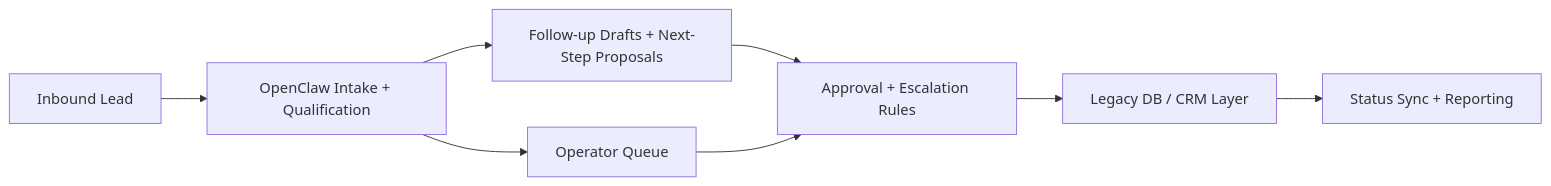
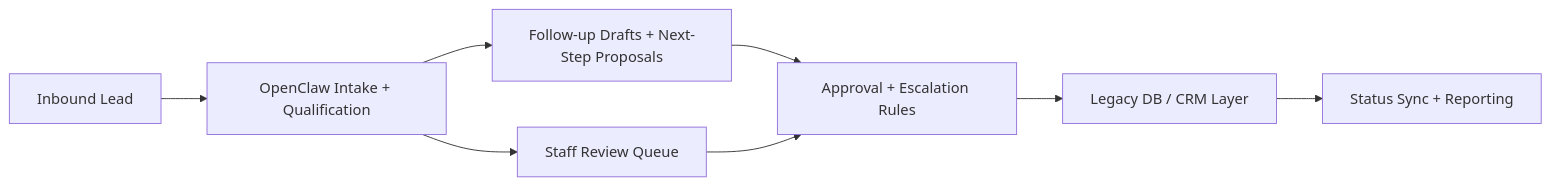
Before and after one commit to zack-dev-cm/zack-dev-cm.github.io: the diagram in projects/openclaw-sales-manager-automation-for-a-multi-clinic-chain.md, drawn with Mermaid. The commit also changed other lines of this file and 30 other files, not shown here.

````diff
--- a/projects/openclaw-sales-manager-automation-for-a-multi-clinic-chain.md
+++ b/projects/openclaw-sales-manager-automation-for-a-multi-clinic-chain.md
@@ -30,10 +30,10 @@
 ```mermaid
 flowchart LR
   Lead["Inbound Lead"] --> Intake["OpenClaw Intake + Qualification"]
   Intake --> Drafts["Follow-up Drafts + Next-Step Proposals"]
-  Intake --> Operator["Operator Queue"]
+  Intake --> Operator["Staff Review Queue"]
   Drafts --> Review["Approval + Escalation Rules"]
   Operator --> Review
   Review --> Legacy["Legacy DB / CRM Layer"]
   Legacy --> Reporting["Status Sync + Reporting"]
 ```
````
